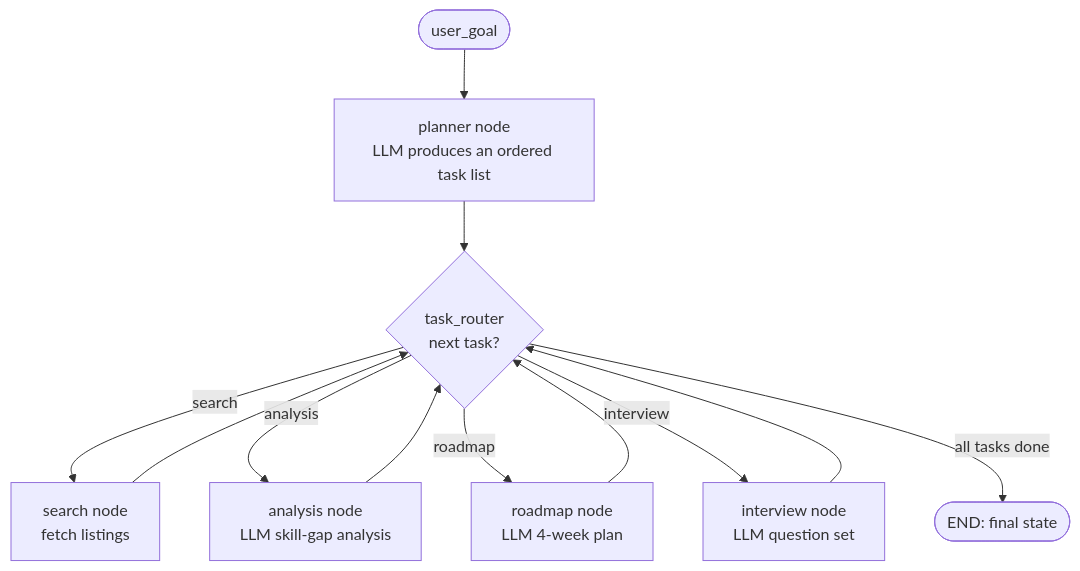
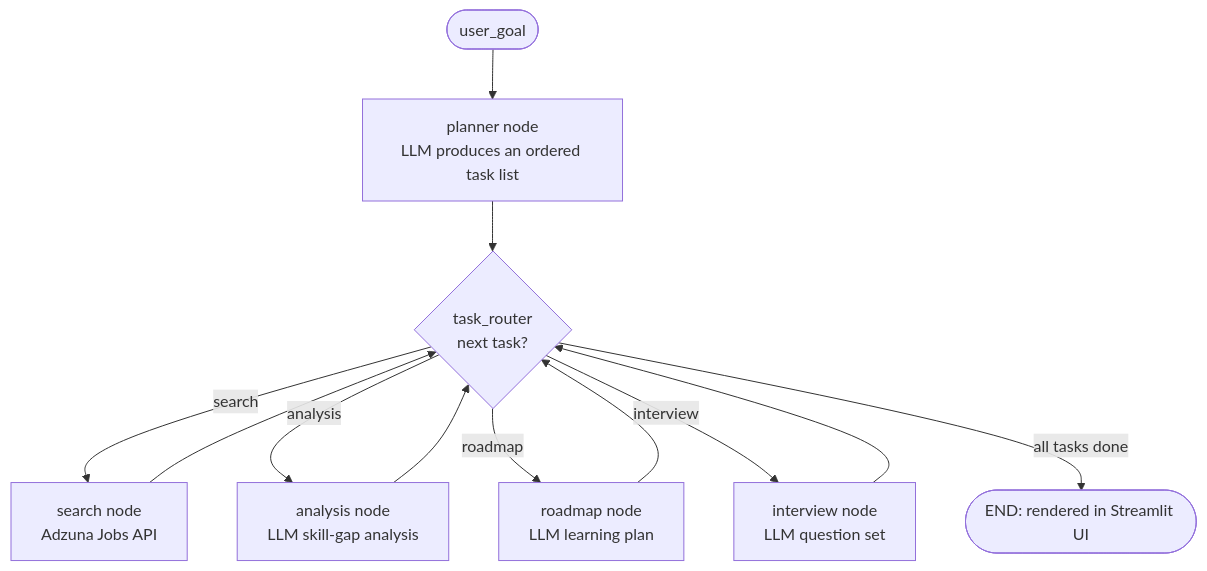
Before and after one commit to DhanushRaj7/ai-job-copilot: the diagram in README.md, drawn with Mermaid. The commit also changed other lines of this file, not shown here.

Commit message:
docs: update README for v1.0 release — live Adzuna job search, Streamlit UI, live demo link

````diff
--- a/README.md
+++ b/README.md
@@ -57,14 +57,14 @@
 ```mermaid
 flowchart TD
     A([user_goal]) --> P[planner node<br/>LLM produces an ordered task list]
     P --> TR{task_router<br/>next task?}
-    TR -- search --> S[search node<br/>fetch listings]
+    TR -- search --> S[search node<br/>Adzuna Jobs API]
     TR -- analysis --> AN[analysis node<br/>LLM skill-gap analysis]
-    TR -- roadmap --> RM[roadmap node<br/>LLM 4-week plan]
+    TR -- roadmap --> RM[roadmap node<br/>LLM learning plan]
     TR -- interview --> IV[interview node<br/>LLM question set]
     S --> TR
     AN --> TR
     RM --> TR
     IV --> TR
-    TR -- all tasks done --> E([END: final state])
+    TR -- all tasks done --> E([END: rendered in Streamlit UI])
 ```
````
